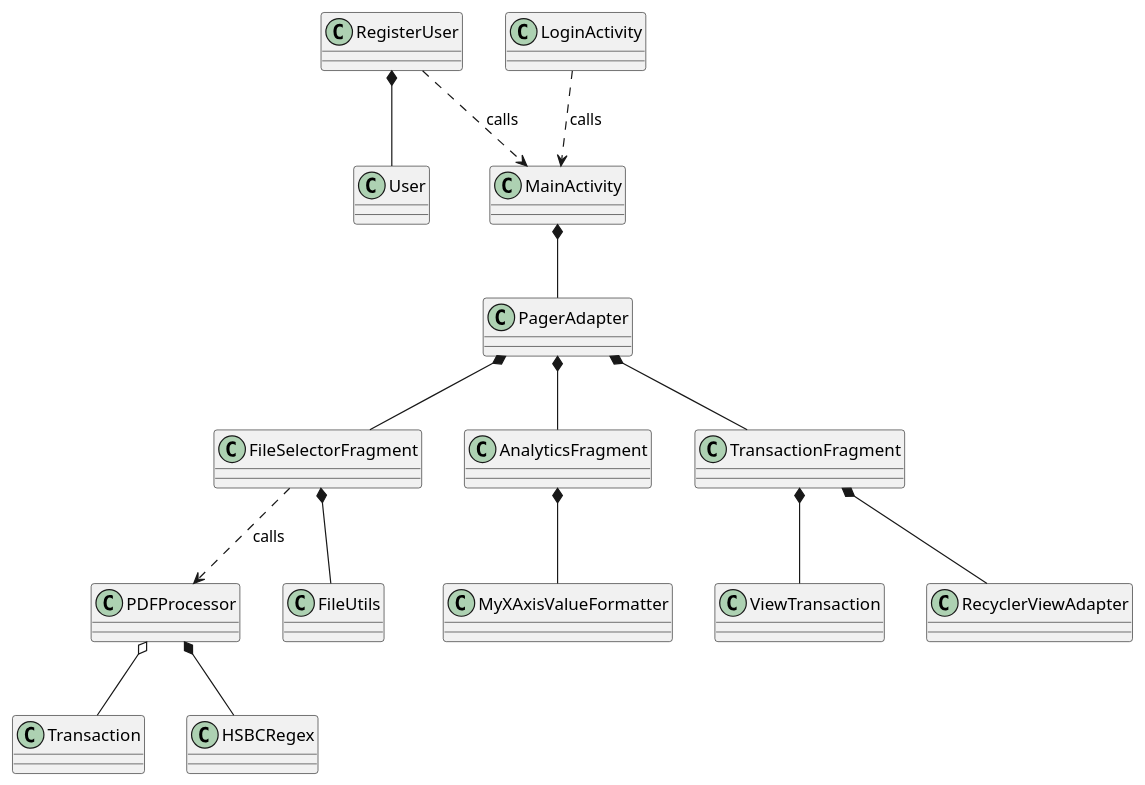
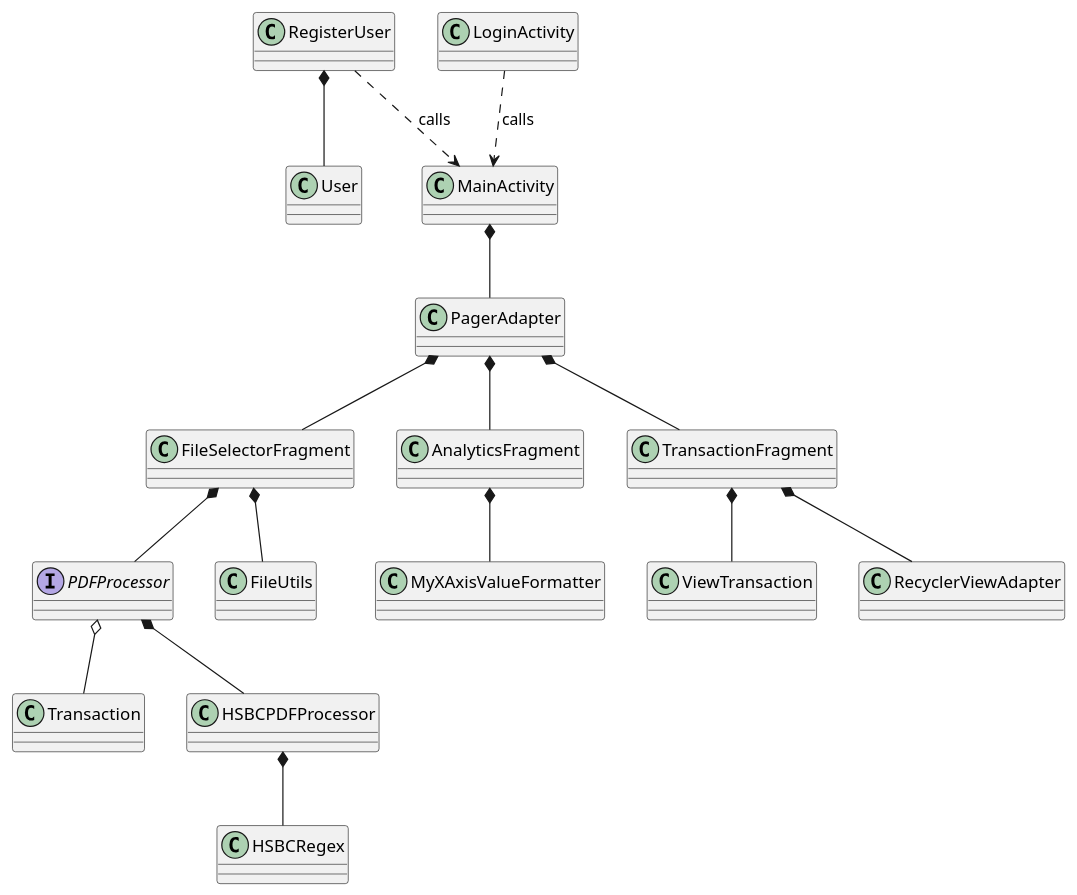
One commit to nisathnasar/Spending-Tracker changed the diagram in app/class_diagram.puml. Above: the diagram before and after it, drawn with PlantUML. The commit also changed 1 other file, not shown here.

Commit message:
update diagram

```diff
--- a/app/class_diagram.puml
+++ b/app/class_diagram.puml
@@ -1,37 +1,39 @@
 @startuml
 
 class MainActivity
 class RegisterUser
 class LoginActivity
 class Transaction
 class User
 class FileSelectorFragment
 class FileUtils
 class HSBCRegex
-class PDFProcessor
+interface PDFProcessor
+class HSBCPDFProcessor
 class AnalyticsFragment
 class PagerAdapter
 class RecyclerViewAdapter
 class TransactionFragment
 class ViewTransaction
 class MyXAxisValueFormatter
 
 RegisterUser ..> MainActivity : calls
 LoginActivity ..> MainActivity : calls
 RegisterUser *-- User
 MainActivity *-- PagerAdapter
 PagerAdapter *-- TransactionFragment
 PagerAdapter *-- AnalyticsFragment
 PagerAdapter *-- FileSelectorFragment
 AnalyticsFragment *-- MyXAxisValueFormatter
 PDFProcessor o-- Transaction
-FileSelectorFragment ..> PDFProcessor : calls
+FileSelectorFragment *-- PDFProcessor
 FileSelectorFragment *-- FileUtils
-PDFProcessor *-- HSBCRegex
+HSBCPDFProcessor *-- HSBCRegex
 TransactionFragment *-- RecyclerViewAdapter
 TransactionFragment *-- ViewTransaction
+PDFProcessor *-- HSBCPDFProcessor
 
 
 
 
 @enduml
```
